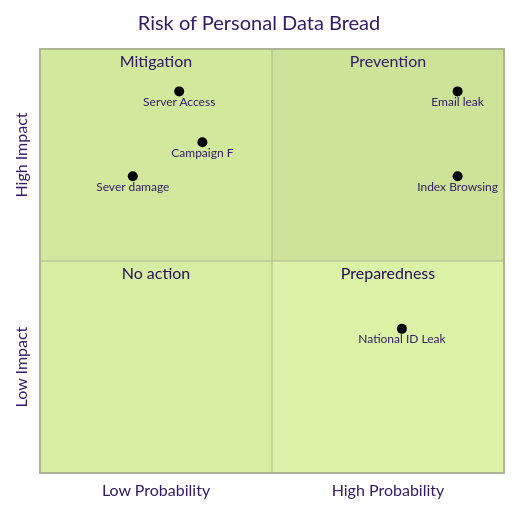
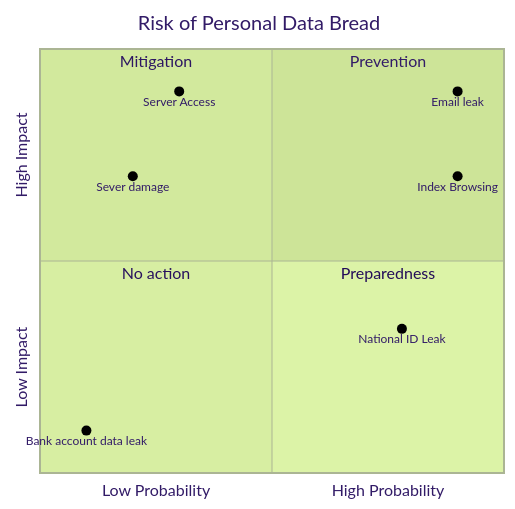
One commit to Kietpawpan/pdpa changed the fourth of 4 diagrams in README.md. Above: the diagram before and after it, drawn with Mermaid (forest theme).

````diff
--- a/README.md
+++ b/README.md
@@ -87,16 +87,16 @@
 ```mermaid
 quadrantChart
     title Risk of Personal Data Bread
     x-axis Low Probability --> High Probability
     y-axis Low Impact --> High Impact
     quadrant-1 Prevention
     quadrant-2 Mitigation
     quadrant-3 No action
     quadrant-4 Preparedness 
 	Server Access: [0.3, 0.9]
     	Email leak: [0.9, 0.9]
     Index Browsing: [0.9, 0.7]
     National ID Leak: [0.78, 0.34]
     Sever damage: [0.2, 0.7]
-    Campaign F: [0.35, 0.78]
+	Bank account data leak: [0.1, 0.1]
 ```
````
